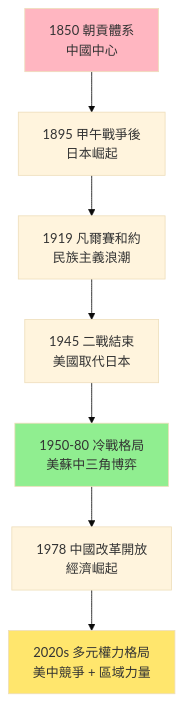
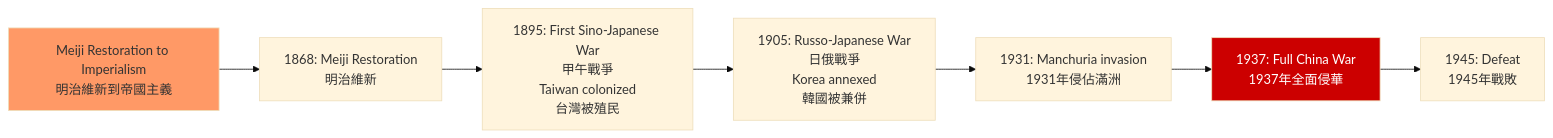
One commit to yip-lgtm/HKU-Harvard-History-Self-Study changed the second of 3 diagrams in 01_HKU_Courses/HIST1023_Modern_East_Asia.md. Above: the diagram before and after it, drawn with Mermaid (base theme). The commit also changed other lines of this file and 25 other files, not shown here.

````diff
--- a/01_HKU_Courses/HIST1023_Modern_East_Asia.md
+++ b/01_HKU_Courses/HIST1023_Modern_East_Asia.md
@@ -233,12 +73,12 @@
 ```mermaid
-graph TD
-    A["1850 朝貢體系<br/>中國中心"] --> B["1895 甲午戰爭後<br/>日本崛起"]
-    B --> C["1919 凡爾賽和約<br/>民族主義浪潮"]
-    C --> D["1945 二戰結束<br/>美國取代日本"]
-    D --> E["1950-80 冷戰格局<br/>美蘇中三角博弈"]
-    E --> F["1978 中國改革開放<br/>經濟崛起"]
-    F --> G["2020s 多元權力格局<br/>美中競爭 + 區域力量"]
-    style A fill:#FFB6C1
-    style E fill:#90EE90
-    style G fill:#FFE66D
+graph LR
+    A[Meiji Restoration to Imperialism<br/>明治維新到帝國主義] --> B[1868: Meiji Restoration<br/>明治維新]
+    B --> C[1895: First Sino-Japanese War<br/>甲午戰爭<br/>Taiwan colonized<br/>台灣被殖民]
+    C --> D[1905: Russo-Japanese War<br/>日俄戰爭<br/>Korea annexed<br/>韓國被兼併]
+    D --> E[1931: Manchuria invasion<br/>1931年侵佔滿洲]
+    E --> F[1937: Full China War<br/>1937年全面侵華]
+    F --> G[1945: Defeat<br/>1945年戰敗]
+    
+    style A fill:#f96
+    style F fill:#c00,color:#fff
 ```
````
